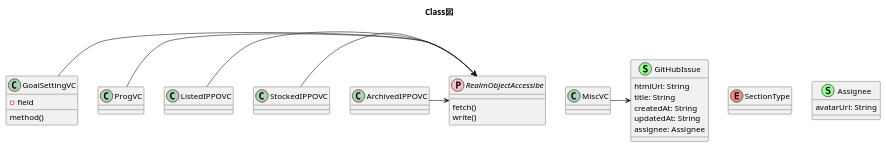
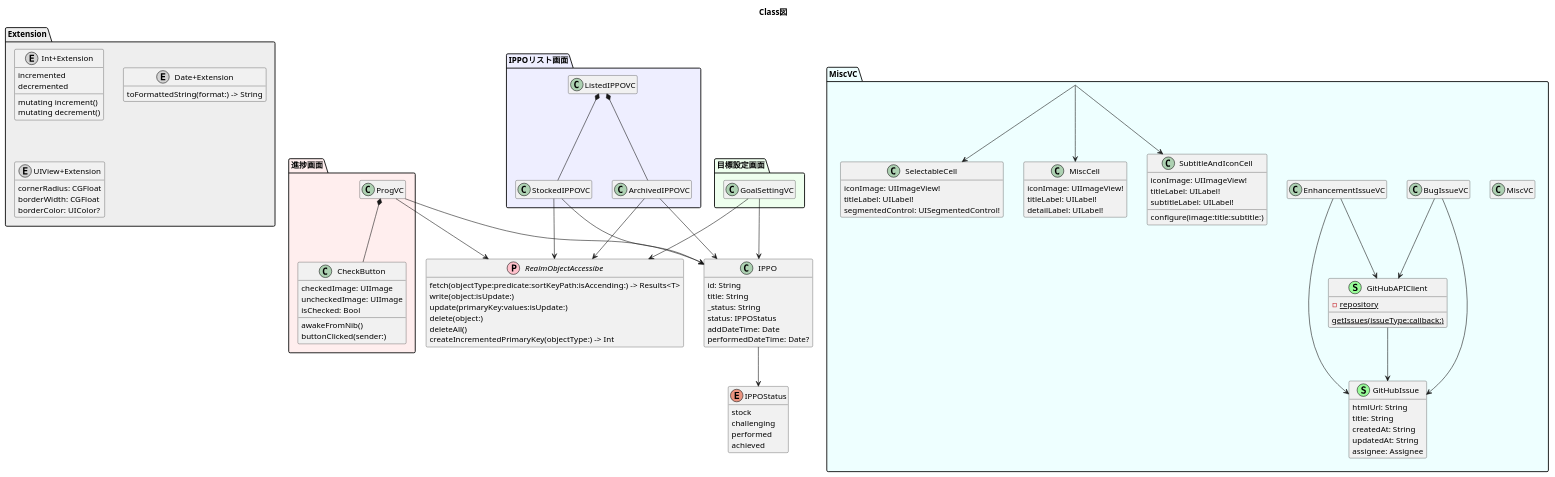
Before and after one commit to yasasii-team/Stepippo-iOS: the diagram in class.pu, drawn with PlantUML. The commit also changed other lines of this file, not shown here.

Commit message:
クラス図を加筆修正

```diff
--- a/class.pu
+++ b/class.pu
@@ -1,60 +1,166 @@
 @startuml
 title Class図
 
-' プロトコル定義
-Interface RealmObjectAccessibe << (P, Pink) >> {
-    fetch()
-    write()
+' ----------------------------------------
+' 共通Model
+' ----------------------------------------
+class IPPO {
+    id: String
+    title: String
+    _status: String
+    status: IPPOStatus
+    addDateTime: Date
+    performedDateTime: Date?
 }
 
-' 列挙型定義
-enum SectionType {
-
+enum IPPOStatus {
+    stock
+    challenging
+    performed
+    achieved
 }
 
-' 構造体定義
-class GitHubIssue << (S, PaleGreen) >> {
-    htmlUrl: String
-    title: String
-    createdAt: String
-    updatedAt: String
-    assignee: Assignee
-}
-class Assignee << (S, PaleGreen) >> {
-    avatarUrl: String
+Interface RealmObjectAccessibe << (P, Pink) >> {
+    fetch(objectType:predicate:sortKeyPath:isAccending:) -> Results<T>
+    write(object:isUpdate:)
+    update(primaryKey:values:isUpdate:)
+    delete(object:)
+    deleteAll()
+    createIncrementedPrimaryKey(objectType:) -> Int
 }
 
-' クラス定義
-class GoalSettingVC {
-    - field
-    method()
-}
-class ProgVC {
+' ----------------------------------------
+' 画面定義
+' ----------------------------------------
+package 目標設定画面 #efe {
+    class GoalSettingVC {
 
-}
-class ListedIPPOVC {
-
-}
-class StockedIPPOVC {
-
-}
-class ArchivedIPPOVC {
-
-}
-class MiscVC {
-
+    }
 }
 
-GoalSettingVC -> RealmObjectAccessibe
+package 進捗画面 #fee {
+    class ProgVC {
 
-ProgVC -> RealmObjectAccessibe
+    }
+    class CheckButton {
+    checkedImage: UIImage
+    uncheckedImage: UIImage
+    isChecked: Bool
+    awakeFromNib()
+    buttonClicked(sender:)
+    }
+}
 
-ListedIPPOVC -> RealmObjectAccessibe
+package IPPOリスト画面 #eef {
+    class ListedIPPOVC {
 
-StockedIPPOVC -> RealmObjectAccessibe
+    }
+    class StockedIPPOVC {
 
-ArchivedIPPOVC -> RealmObjectAccessibe
+    }
+    class ArchivedIPPOVC {
 
-MiscVC -> GitHubIssue
+    }
+}
+
+package MiscVC #eff {
+    class MiscVC {
+
+    }
+    class BugIssueVC {
+
+    }
+    class EnhancementIssueVC {
+
+    }
+    class MiscCell {
+        iconImage: UIImageView!
+        titleLabel: UILabel!
+        detailLabel: UILabel!
+    }
+    class SelectableCell {
+        iconImage: UIImageView!
+        titleLabel: UILabel!
+        segmentedControl: UISegmentedControl!   
+    }
+    class SubtitleAndIconCell {
+        iconImage: UIImageView!
+        titleLabel: UILabel!
+        subtitleLabel: UILabel!
+        configure(image:title:subtitle:)
+    }
+    class GitHubAPIClient << (S, PaleGreen) >> {
+        - {static}repository
+        {static}getIssues(issueType:callback:)
+    }    
+    class GitHubIssue << (S, PaleGreen) >> {
+        htmlUrl: String
+        title: String
+        createdAt: String
+        updatedAt: String
+        assignee: Assignee
+    }
+}
+
+' ----------------------------------------
+' エクステンション定義
+' ----------------------------------------
+package Extension #eee {
+    class Int+Extension << (E, LightGray) >> {
+        incremented
+        decremented
+        mutating increment()
+        mutating decrement()
+    }
+    class Date+Extension << (E, LightGray) >> {
+        toFormattedString(format:) -> String
+    }
+    class UIView+Extension << (E, LightGray) >> {
+        cornerRadius: CGFloat
+        borderWidth: CGFloat
+        borderColor: UIColor?
+    }
+}
+
+' ----------------------------------------
+' 関連
+' ----------------------------------------
+IPPO --> IPPOStatus
+
+GitHubAPIClient --> GitHubIssue
+
+GoalSettingVC --> RealmObjectAccessibe
+GoalSettingVC --> IPPO
+
+ProgVC --> RealmObjectAccessibe
+ProgVC --> IPPO
+ProgVC *-- CheckButton
+
+ListedIPPOVC *-- StockedIPPOVC
+ListedIPPOVC *-- ArchivedIPPOVC
+
+StockedIPPOVC --> RealmObjectAccessibe
+StockedIPPOVC --> IPPO
+
+ArchivedIPPOVC --> RealmObjectAccessibe
+ArchivedIPPOVC --> IPPO
+
+MiscVC --> MiscCell
+MiscVC --> SelectableCell
+MiscVC --> SubtitleAndIconCell
+
+BugIssueVC --> GitHubAPIClient
+BugIssueVC --> GitHubIssue
+
+EnhancementIssueVC --> GitHubAPIClient
+EnhancementIssueVC --> GitHubIssue
+
+' ----------------------------------------
+' オプション設定
+' ----------------------------------------
+' 空のフィールドは表示しない
+hide empty members
+' 影をなくす
+skinparam shadowing false
 
 @enduml
```
